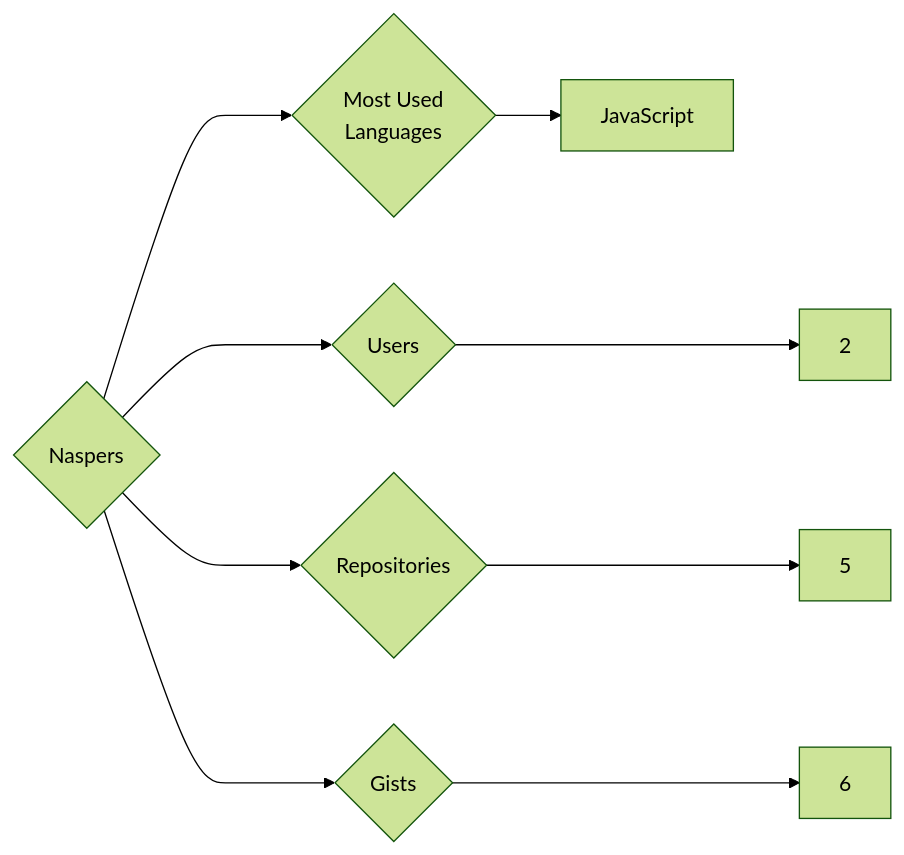
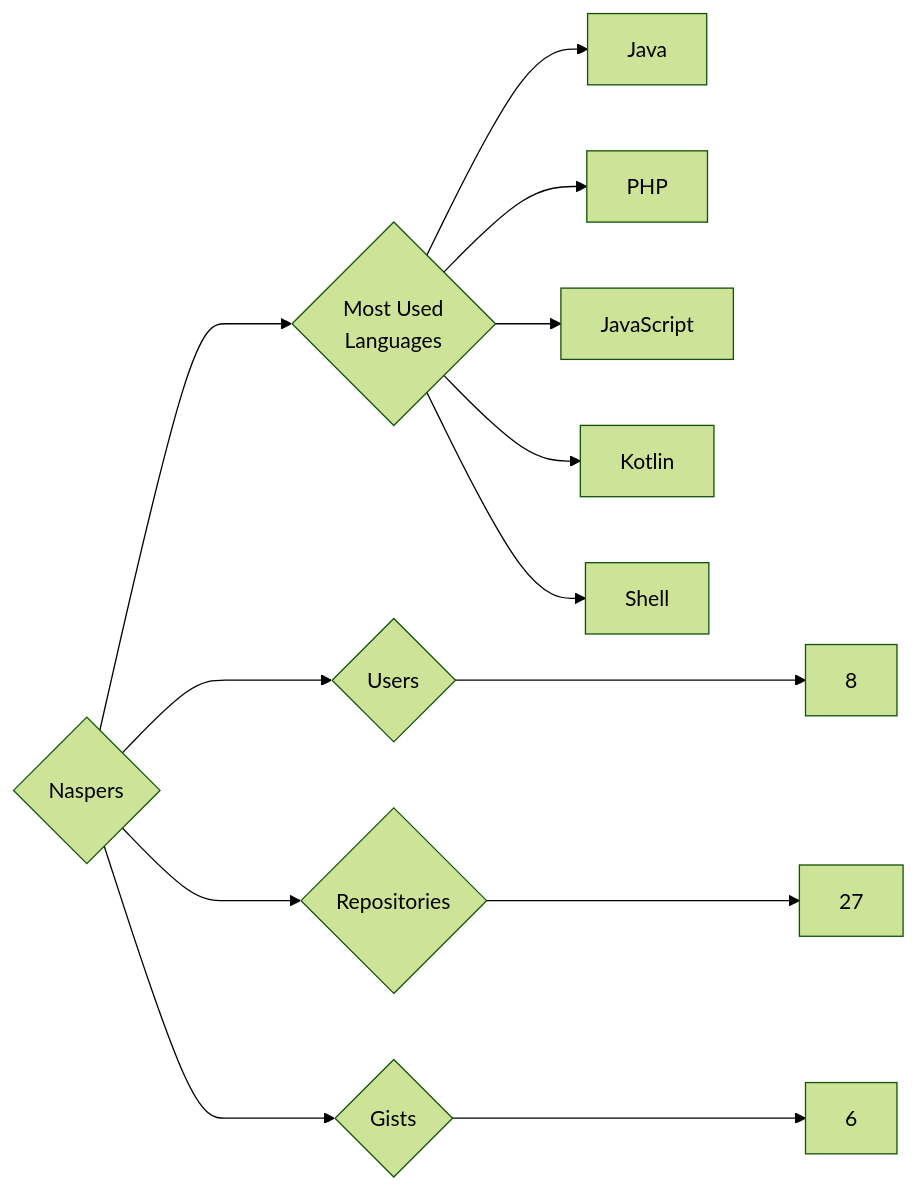
The diagram in targets/Naspers/README.md (trickest/insiders), drawn with Mermaid (forest theme) before and after one commit. The commit also changed 953 other files, not shown here.

````diff
--- a/targets/Naspers/README.md
+++ b/targets/Naspers/README.md
@@ -3,9 +3,13 @@
 ```mermaid
 graph LR
 COMPANY_NAME{Naspers}
-COMPANY_NAME ---> U{Users} ---> UN[2]
-COMPANY_NAME ---> R{Repositories} ---> RN[5]
+COMPANY_NAME ---> U{Users} ---> UN[8]
+COMPANY_NAME ---> R{Repositories} ---> RN[27]
 COMPANY_NAME ---> G{Gists} ---> GN[6]
 COMPANY_NAME ---> ML{Most Used<br>Languages}
+ML --> Java[Java]
+ML --> PHP[PHP]
 ML --> JavaScript[JavaScript]
+ML --> Kotlin[Kotlin]
+ML --> Shell[Shell]
 ```
````
